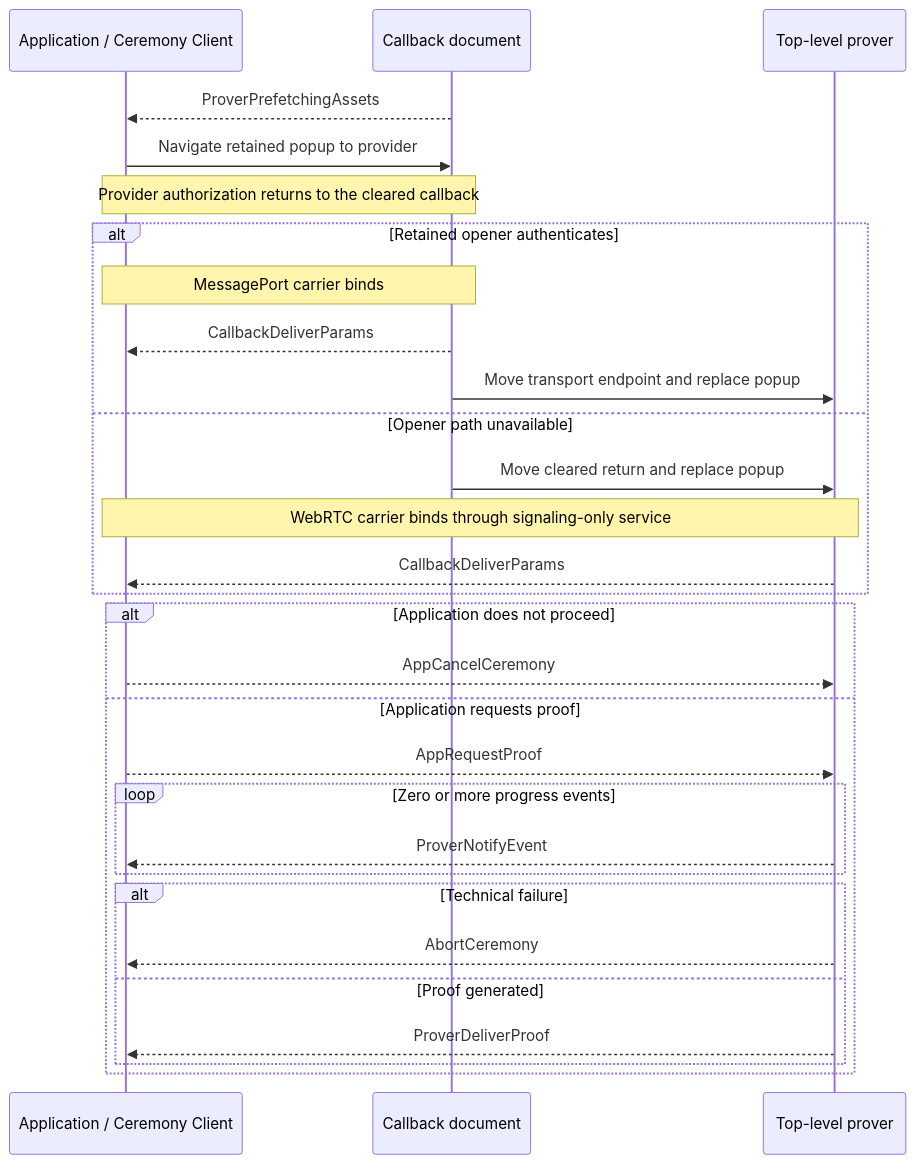
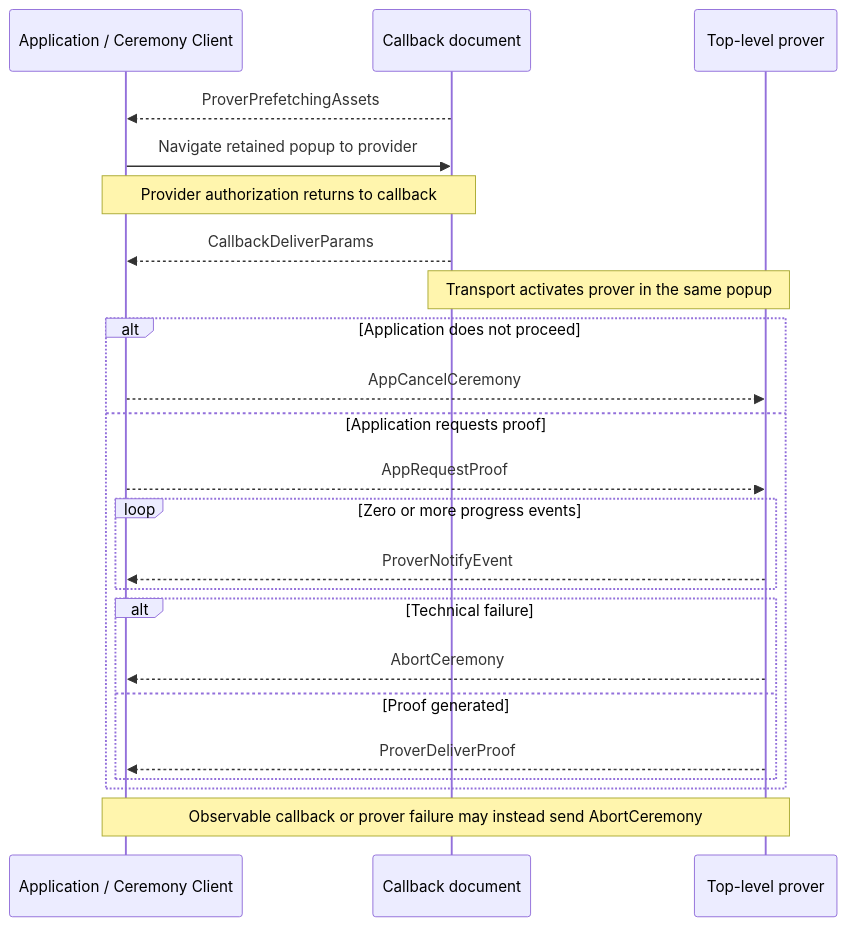
Before and after one commit to libid-org/libid: the diagram in ts/packages/ceremony/CCDP.md, drawn with Mermaid. The commit also changed other lines of this file and 1 other file, not shown here.

Commit message:
docs(ceremony): tighten CCDP boundary and ordering

````diff
--- a/ts/packages/ceremony/CCDP.md
+++ b/ts/packages/ceremony/CCDP.md
@@ -262,32 +267,26 @@
 ```mermaid
 sequenceDiagram
     participant A as Application / Ceremony Client
     participant C as Callback document
     participant P as Top-level prover
 
     C-->>A: ProverPrefetchingAssets
     A->>C: Navigate retained popup to provider
-    Note over A,C: Provider authorization returns to the cleared callback
-    alt Retained opener authenticates
-        Note over A,C: MessagePort carrier binds
-        C-->>A: CallbackDeliverParams
-        C->>P: Move transport endpoint and replace popup
-    else Opener path unavailable
-        C->>P: Move cleared return and replace popup
-        Note over A,P: WebRTC carrier binds through signaling-only service
-        P-->>A: CallbackDeliverParams
-    end
+    Note over A,C: Provider authorization returns to callback
+    C-->>A: CallbackDeliverParams
+    Note over C,P: Transport activates prover in the same popup
     alt Application does not proceed
         A-->>P: AppCancelCeremony
     else Application requests proof
         A-->>P: AppRequestProof
         loop Zero or more progress events
             P-->>A: ProverNotifyEvent
         end
         alt Technical failure
             P-->>A: AbortCeremony
         else Proof generated
             P-->>A: ProverDeliverProof
         end
     end
+    Note over A,P: Observable callback or prover failure may instead send AbortCeremony
 ```
````
